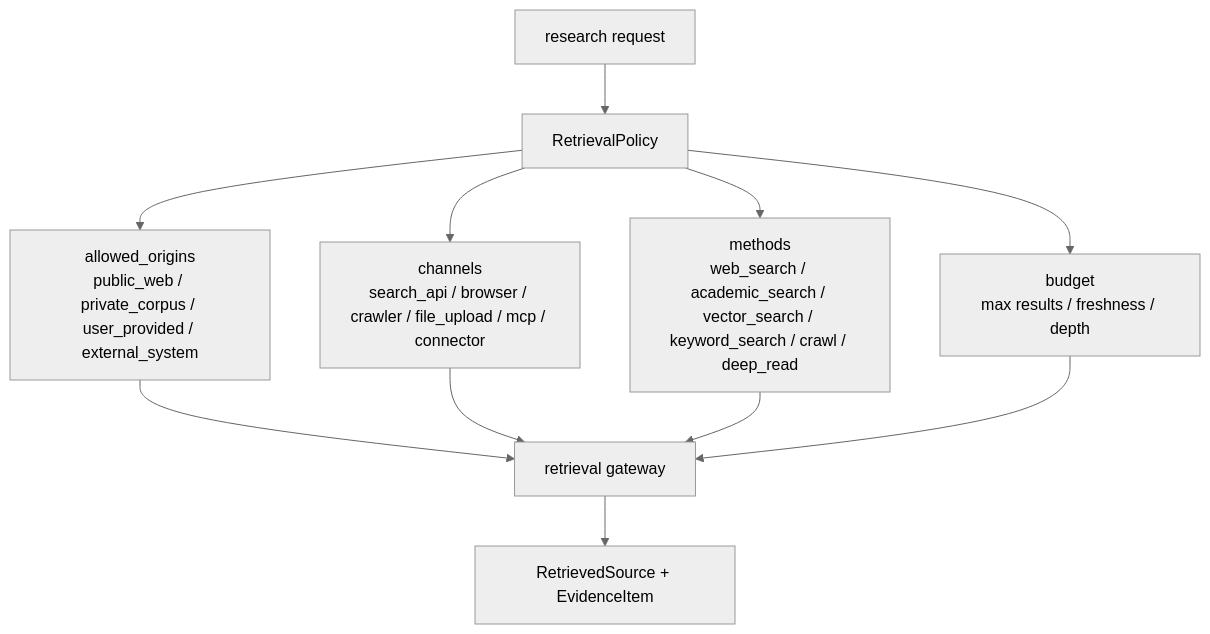
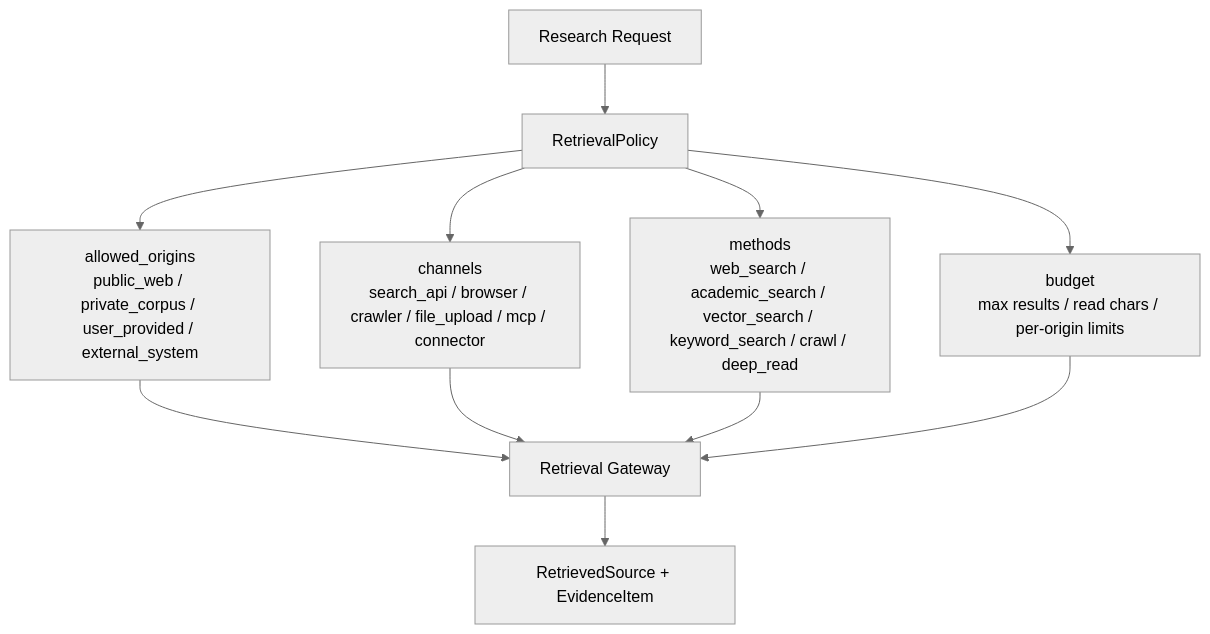
The fifth of 6 diagrams in README.md (LittleSongxx/SoulSearcher), drawn with Mermaid (neutral theme) before and after one commit. The commit also changed other lines of this file and 124 other files, not shown here.

````diff
--- a/README.md
+++ b/README.md
@@ -190,13 +204,13 @@
 ```mermaid
 flowchart TB
-    Request["research request"] --> Policy["RetrievalPolicy"]
+    Request["Research Request"] --> Policy["RetrievalPolicy"]
     Policy --> Origins["allowed_origins\npublic_web / private_corpus / user_provided / external_system"]
     Policy --> Channels["channels\nsearch_api / browser / crawler / file_upload / mcp / connector"]
     Policy --> Methods["methods\nweb_search / academic_search / vector_search / keyword_search / crawl / deep_read"]
-    Policy --> Budget["budget\nmax results / freshness / depth"]
-    Origins --> Gateway["retrieval gateway"]
+    Policy --> Budget["budget\nmax results / read chars / per-origin limits"]
+    Origins --> Gateway["Retrieval Gateway"]
     Channels --> Gateway
     Methods --> Gateway
     Budget --> Gateway
-    Gateway --> Sources["RetrievedSource + EvidenceItem"]
+    Gateway --> Evidence["RetrievedSource + EvidenceItem"]
 ```
````
